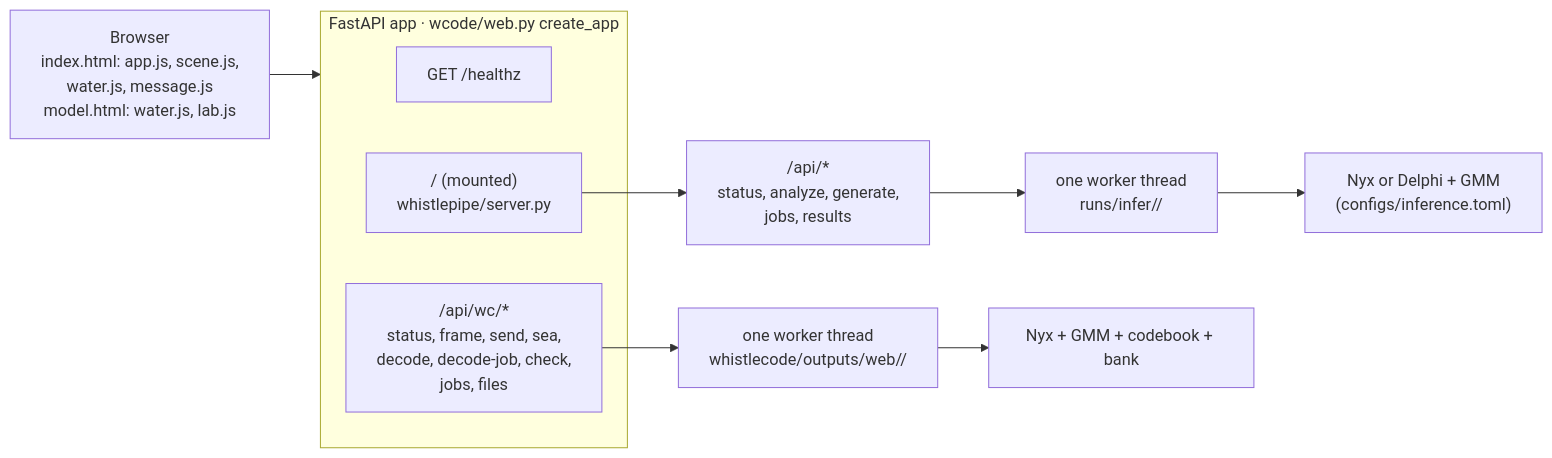
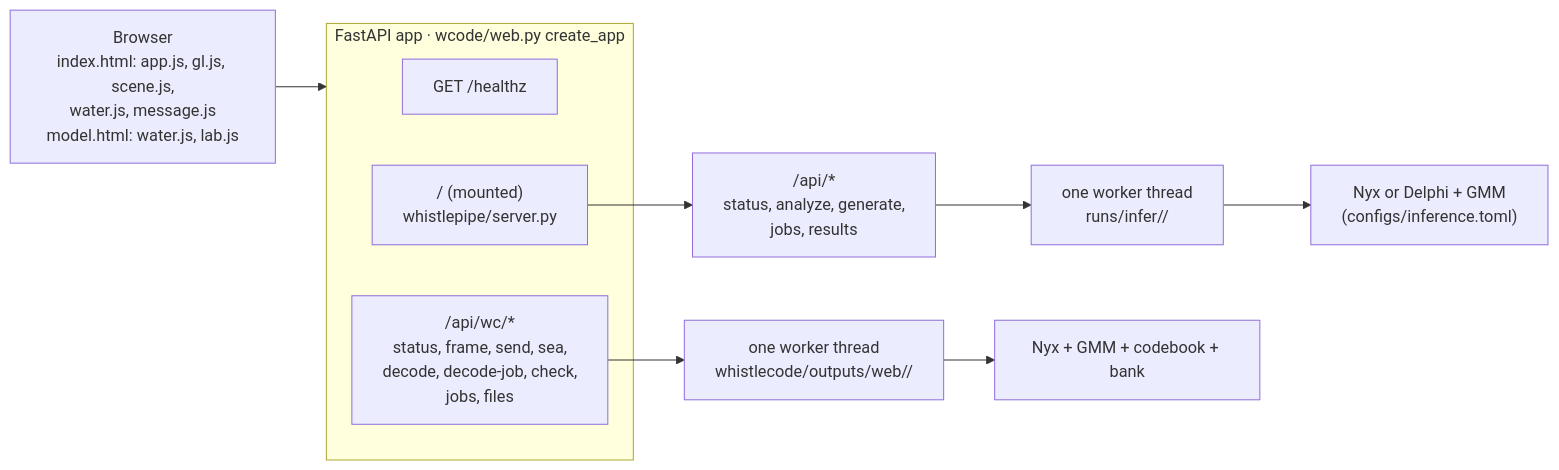
One commit to Brindanjali/cetacean_whistle_reproduction changed the second of 3 diagrams in docs/ARCHITECTURE.md. Above: the diagram before and after it, drawn with Mermaid. The commit also changed 14 other files, not shown here.

````diff
--- a/docs/ARCHITECTURE.md
+++ b/docs/ARCHITECTURE.md
@@ -69,14 +69,14 @@
 ```mermaid
 flowchart LR
-    B["Browser<br/>index.html: app.js, scene.js,<br/>water.js, message.js<br/>model.html: water.js, lab.js"] --> APP
+    B["Browser<br/>index.html: app.js, gl.js, scene.js,<br/>water.js, message.js<br/>model.html: water.js, lab.js"] --> APP
     subgraph APP["FastAPI app · wcode/web.py create_app"]
         H["GET /healthz"]
         WC["/api/wc/*<br/>status, frame, send, sea,<br/>decode, decode-job, check,<br/>jobs, files"]
         PAGE["/ (mounted)<br/>whistlepipe/server.py"]
     end
     PAGE --> TRY["/api/*<br/>status, analyze, generate,<br/>jobs, results"]
     WC --> Q1["one worker thread<br/>whistlecode/outputs/web/<id>/"]
     TRY --> Q2["one worker thread<br/>runs/infer/<id>/"]
     Q1 --> M1["Nyx + GMM + codebook + bank"]
     Q2 --> M2["Nyx or Delphi + GMM<br/>(configs/inference.toml)"]
 ```
````
